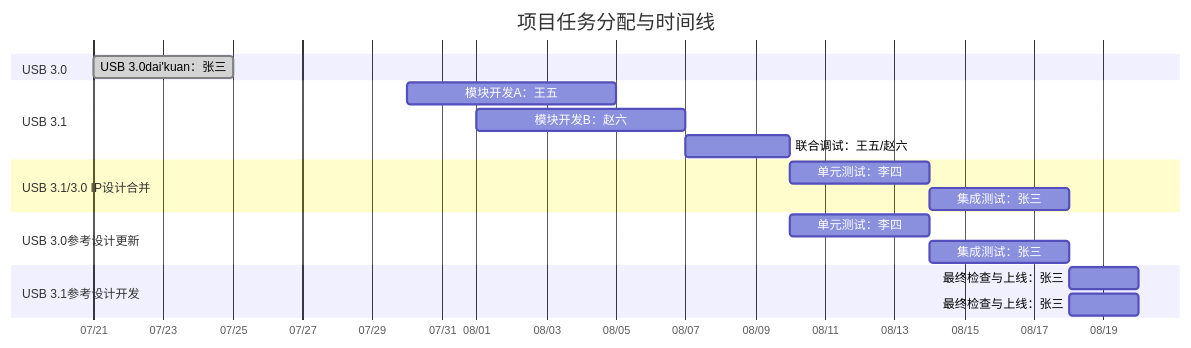
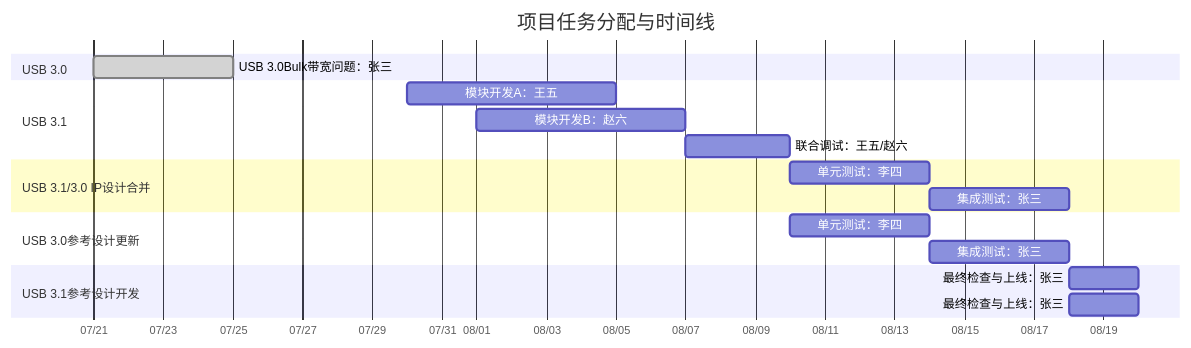
One commit to winsonbook/iodraw-files changed the diagram in all/未命名.md. Above: the diagram before and after it, drawn with Mermaid.

Commit message:
2025-07-21 09:42:28 update

````diff
--- a/all/未命名.md
+++ b/all/未命名.md
@@ -1,29 +1,29 @@
 ```mermaid
 gantt
     title 项目任务分配与时间线
     dateFormat  YYYY-MM-DD
     axisFormat  %m/%d
 
     section USB 3.0
-    USB 3.0dai'kuan：张三       :done,    task1, 2025-07-21, 4d
+    USB 3.0Bulk带宽问题：张三       :done,    task1, 2025-07-21, 4d
 
     section USB 3.1
     模块开发A：王五      :         task3, 2025-07-30, 6d
     模块开发B：赵六      :         task4, 2025-08-01, 6d
     联合调试：王五/赵六  :         task5, 2025-08-07, 3d
 
     section USB 3.1/3.0 IP设计合并
     单元测试：李四       :         task6, 2025-08-10, 4d
     集成测试：张三       :         task7, 2025-08-14, 4d
 
     section USB 3.0参考设计更新
     单元测试：李四       :         task6, 2025-08-10, 4d
     集成测试：张三       :         task7, 2025-08-14, 4d
 
     section USB 3.1参考设计开发
     最终检查与上线：张三 :         task8, 2025-08-18, 2d
 
     section USB 3.1参考设计开发
     最终检查与上线：张三 :         task8, 2025-08-18, 2d
 
 ```
````
